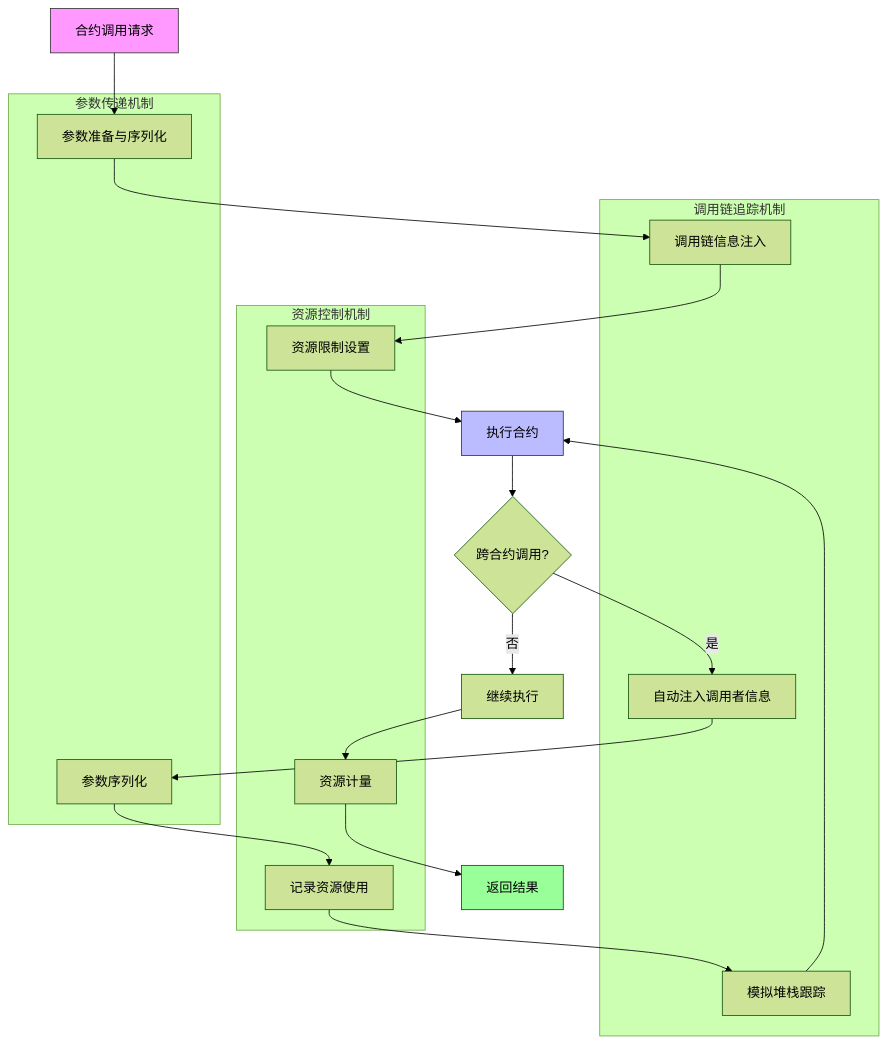
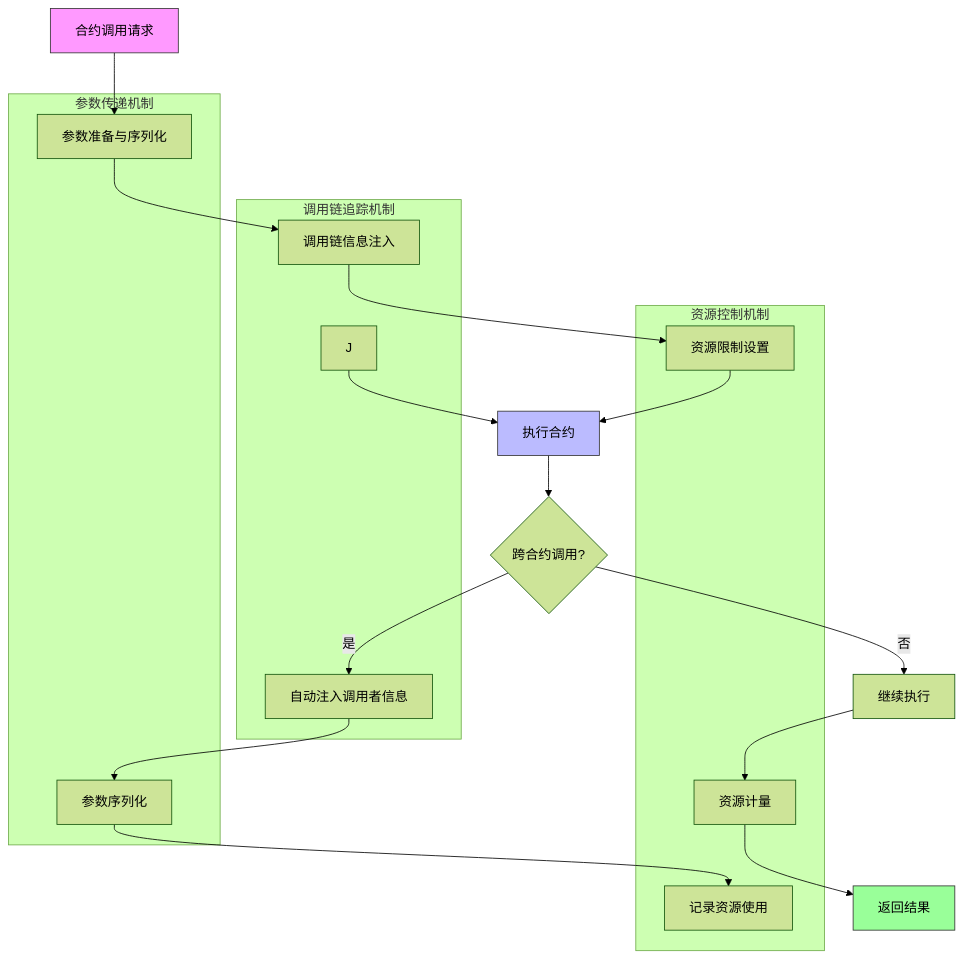
Before and after one commit to govm-net/vm: the third of 4 diagrams in docs/wasm_contract_execution.md, drawn with Mermaid (forest theme). The commit also changed other lines of this file and 4 other files, not shown here.

````diff
--- a/docs/wasm_contract_execution.md
+++ b/docs/wasm_contract_execution.md
@@ -642,39 +648,38 @@
 ```mermaid
 flowchart TD
     A[合约调用请求] --> B[参数准备与序列化]
     B --> C[调用链信息注入]
     C --> D[资源限制设置]
     D --> E[执行合约]
     
     E --> F{跨合约调用?}
     F -- 是 --> G[自动注入调用者信息]
     G --> H[参数序列化]
     H --> I[记录资源使用]
-    I --> J[模拟堆栈跟踪]
     J --> E
     
     F -- 否 --> K[继续执行]
     K --> L[资源计量]
     L --> M[返回结果]
     
     subgraph 调用链追踪机制
         C
         G
         J
     end
     
     subgraph 参数传递机制
         B
         H
     end
     
     subgraph 资源控制机制
         D
         I
         L
     end
     
     style A fill:#f9f,stroke:#333
     style E fill:#bbf,stroke:#333
     style M fill:#9f9,stroke:#333
 ```
````
